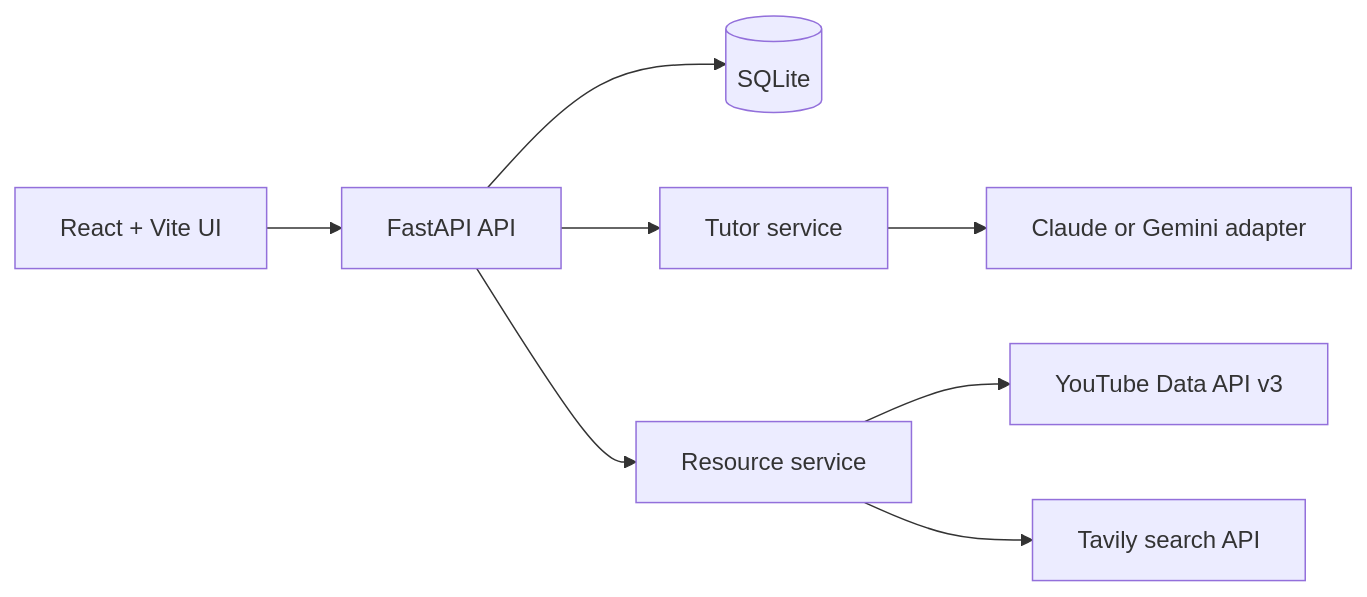
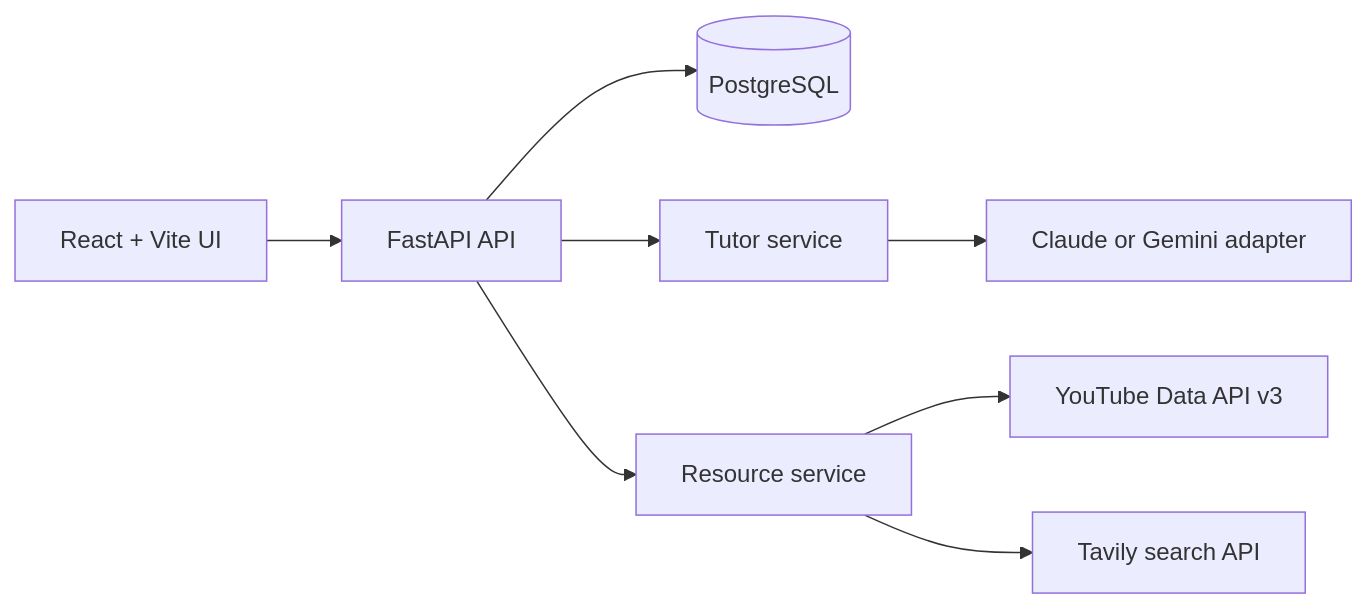
Before and after one commit to brianlomunyak7-afk/mentor: the diagram in README.md, drawn with Mermaid. The commit also changed other lines of this file, not shown here.

Commit message:
Document PostgreSQL ownership foundation

````diff
--- a/README.md
+++ b/README.md
@@ -206,10 +222,10 @@
 ```mermaid
 flowchart LR
   Browser[React + Vite UI] --> API[FastAPI API]
-  API --> DB[(SQLite)]
+  API --> DB[(PostgreSQL)]
   API --> Tutor[Tutor service]
   Tutor --> Provider[Claude or Gemini adapter]
   API --> Resources[Resource service]
   Resources --> YouTube[YouTube Data API v3]
   Resources --> Web[Tavily search API]
 ```
````
